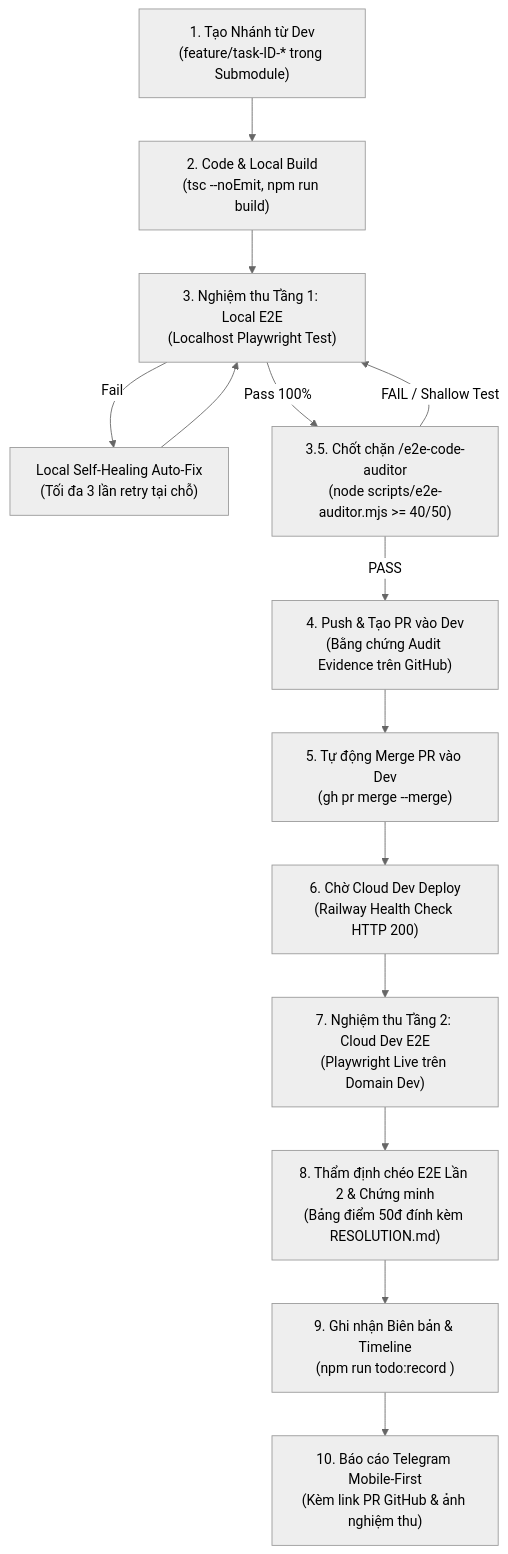
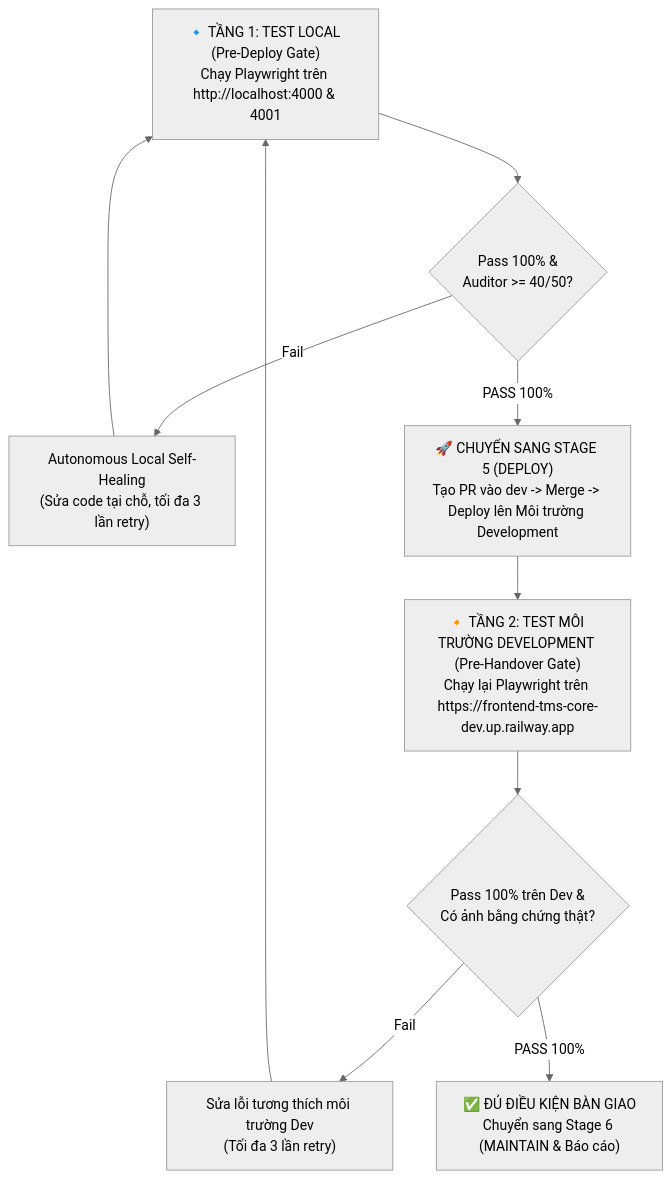
One commit to lyquangthai1993/logistics-website changed the second of 2 diagrams in .agents/skills/todo-agent/SKILL.md. Above: the diagram before and after it, drawn with Mermaid (neutral theme). The commit also changed other lines of this file and 3 other files, not shown here.

Commit message:
feat(skills): upgrade todo-agent and leader to 6-stage SDLC pipeline with 2-tier QA gate

````diff
--- a/.agents/skills/todo-agent/SKILL.md
+++ b/.agents/skills/todo-agent/SKILL.md
@@ -274,16 +221,12 @@
 ```mermaid
 flowchart TD
-    S1["1. Tạo Nhánh từ Dev<br>(feature/task-ID-* trong Submodule)"] --> S2["2. Code & Local Build<br>(tsc --noEmit, npm run build)"]
-    S2 --> S3["3. Nghiệm thu Tầng 1: Local E2E<br>(Localhost Playwright Test)"]
-    S3 -- "Fail" --> S3R["Local Self-Healing Auto-Fix<br>(Tối đa 3 lần retry tại chỗ)"]
-    S3R --> S3
-    S3 -- "Pass 100%" --> SAUD["3.5. Chốt chặn /e2e-code-auditor<br>(node scripts/e2e-auditor.mjs >= 40/50)"]
-    SAUD -- "FAIL / Shallow Test" --> S3
-    SAUD -- "PASS" --> S4["4. Push & Tạo PR vào Dev<br>(Bằng chứng Audit Evidence trên GitHub)"]
-    S4 --> S5["5. Tự động Merge PR vào Dev<br>(gh pr merge --merge)"]
-    S5 --> S6["6. Chờ Cloud Dev Deploy<br>(Railway Health Check HTTP 200)"]
-    S6 --> S7["7. Nghiệm thu Tầng 2: Cloud Dev E2E<br>(Playwright Live trên Domain Dev)"]
-    S7 --> S8["8. Thẩm định chéo E2E Lần 2 & Chứng minh<br>(Bảng điểm 50đ đính kèm RESOLUTION.md)"]
-    S8 --> S9["9. Ghi nhận Biên bản & Timeline<br>(npm run todo:record <folder>)"]
-    S9 --> S10["10. Báo cáo Telegram Mobile-First<br>(Kèm link PR GitHub & ảnh nghiệm thu)"]
+    T1["🔹 TẦNG 1: TEST LOCAL (Pre-Deploy Gate)<br>Chạy Playwright trên http://localhost:4000 & 4001"] --> T1A{"Pass 100% &<br>Auditor >= 40/50?"}
+    T1A -- "Fail" --> FIX["Autonomous Local Self-Healing<br>(Sửa code tại chỗ, tối đa 3 lần retry)"]
+    FIX --> T1
+    T1A -- "PASS 100%" --> DEP["🚀 CHUYỂN SANG STAGE 5 (DEPLOY)<br>Tạo PR vào dev -> Merge -> Deploy lên Môi trường Development"]
+    DEP --> T2["🔸 TẦNG 2: TEST MÔI TRƯỜNG DEVELOPMENT (Pre-Handover Gate)<br>Chạy lại Playwright trên https://frontend-tms-core-dev.up.railway.app"]
+    T2 --> T2A{"Pass 100% trên Dev &<br>Có ảnh bằng chứng thật?"}
+    T2A -- "Fail" --> FIX2["Sửa lỗi tương thích môi trường Dev<br>(Tối đa 3 lần retry)"]
+    FIX2 --> T1
+    T2A -- "PASS 100%" --> HANDOFF["✅ ĐỦ ĐIỀU KIỆN BÀN GIAO<br>Chuyển sang Stage 6 (MAINTAIN & Báo cáo)"]
 ```
````
